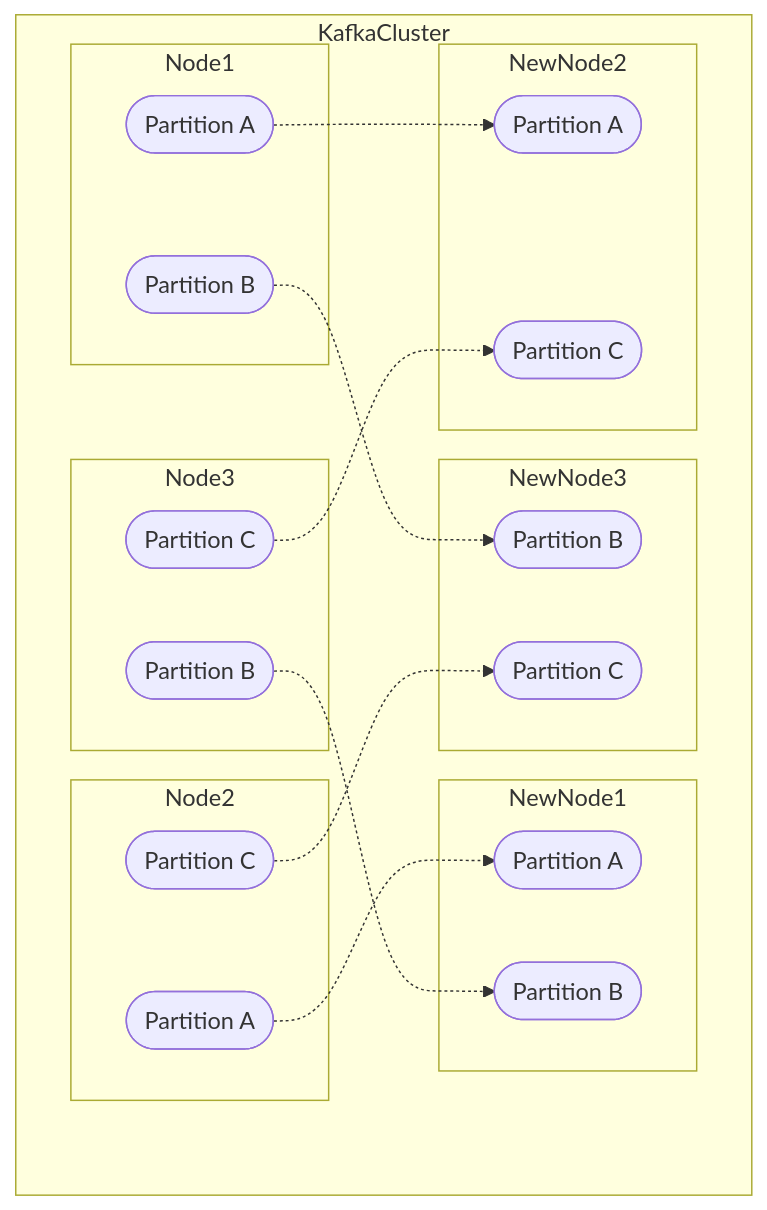
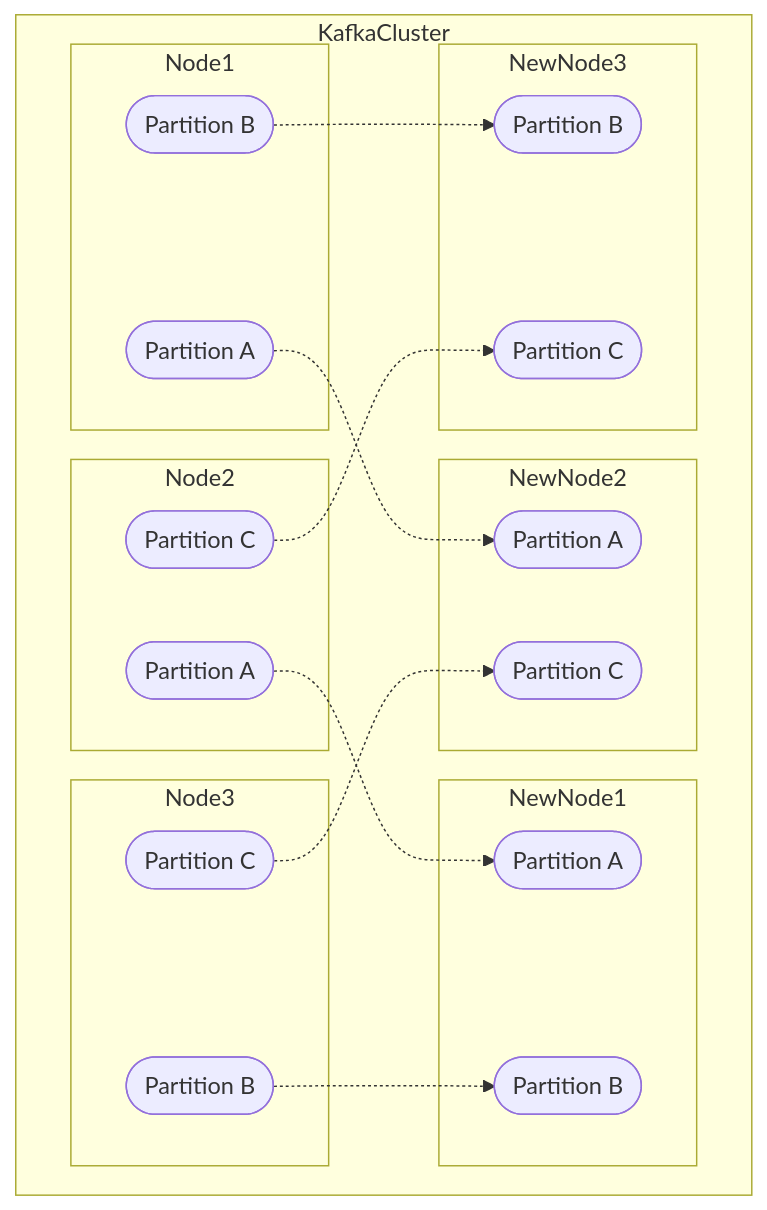
One commit to aiven/devportal changed the second of 3 diagrams in docs/products/kafka/concepts/upgrade-procedure.rst. Above: the diagram before and after it, drawn with Mermaid. The commit also changed other lines of this file and 1 other file, not shown here.

```diff
--- a/docs/products/kafka/concepts/upgrade-procedure.rst
+++ b/docs/products/kafka/concepts/upgrade-procedure.rst
@@ -113,38 +51,37 @@
 .. mermaid::
 
     flowchart TD;
 
         subgraph KafkaCluster
-            subgraph NewNode3
-                PartitionNewB1([Partition B])
-                PartitionNewC1([Partition C])
+            subgraph Node1
+                PartitionA1([Partition A])
+                PartitionB1([Partition B])
+            end
+            subgraph Node2
+                PartitionA2([Partition A])
+                PartitionC1([Partition C])
+            end
+            subgraph Node3
+                PartitionB2([Partition B])
+                PartitionC2([Partition C])
+            end
+            subgraph NewNode1
+                PartitionNewA2([Partition A])
+                PartitionNewB2([Partition B])
             end
             subgraph NewNode2
                 PartitionNewA1([Partition A])
                 PartitionNewC2([Partition C])
             end
-            subgraph NewNode1
-                PartitionNewA2([Partition A])
-                PartitionNewB2([Partition B])
-            end
-        
-            subgraph Node3
-                PartitionB2([Partition B])
-                PartitionC2([Partition C])
-            end
-            subgraph Node2
-                PartitionA2([Partition A])
-                PartitionC1([Partition C])
-            end
-            subgraph Node1
-                PartitionA1([Partition A])
-                PartitionB1([Partition B])
+            subgraph NewNode3
+                PartitionNewB1([Partition B])
+                PartitionNewC1([Partition C])
             end
         end
 
         PartitionA1 -.-> PartitionNewA1
         PartitionB1 -.-> PartitionNewB1
         PartitionC1 -.-> PartitionNewC1
         PartitionA2 -.-> PartitionNewA2
         PartitionB2 -.-> PartitionNewB2
         PartitionC2 -.-> PartitionNewC2
```
